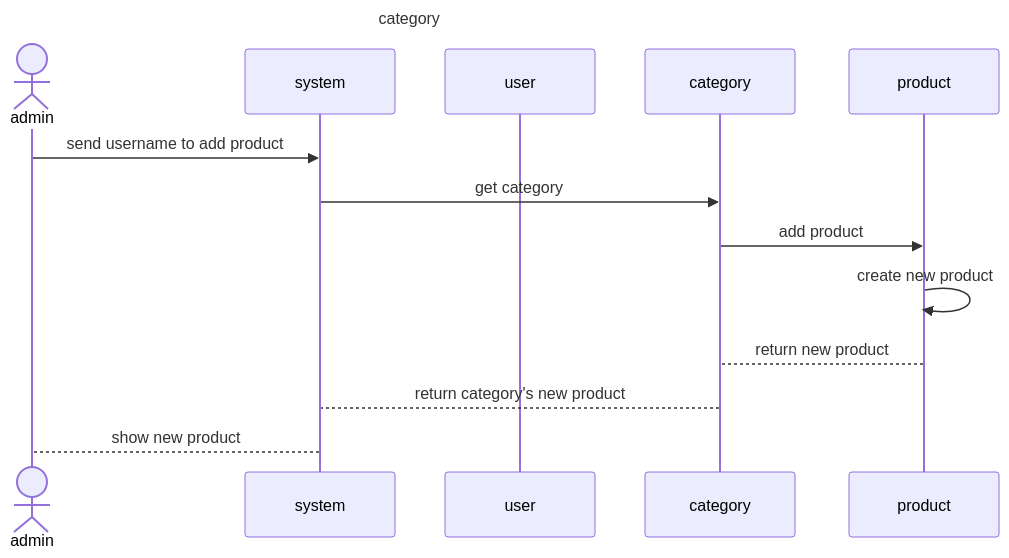
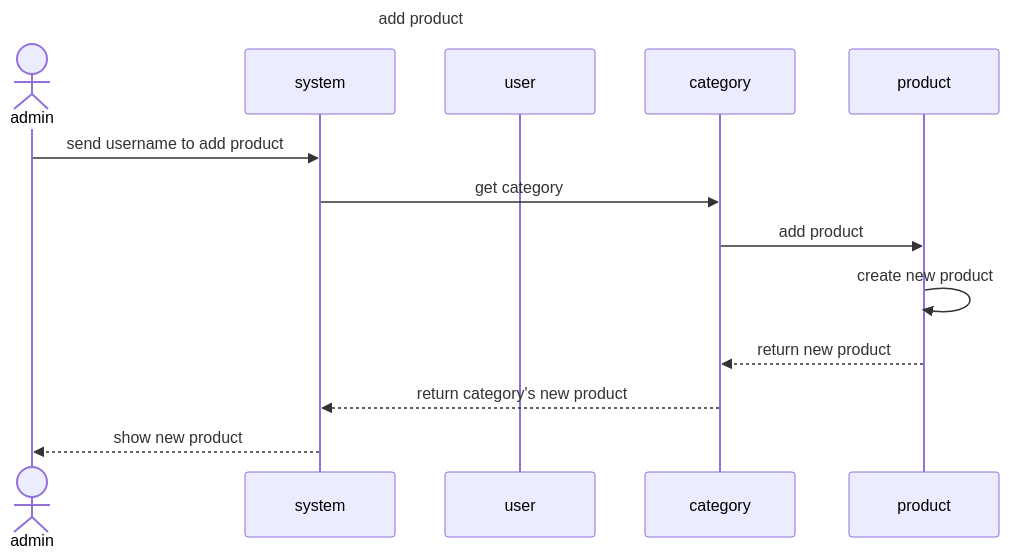
The diagram in sequence_diag/admin/add product.mmd (MxMhx/OOP_Project_MK_website), drawn with Mermaid before and after one commit.

```diff
--- a/sequence_diag/admin/add product.mmd
+++ b/sequence_diag/admin/add product.mmd
@@ -1,13 +1,13 @@
 sequenceDiagram
-    title category
+    title add product
     actor admin
     participant system
     participant user
     participant category
     admin ->> system: send username to add product
     system ->> category:get category
     category ->> product:add product
     product ->> product:create new product
-    product --> category:return new product
-    category --> system:return category's new product
-    system --> admin:show new product
+    product -->> category:return new product
+    category -->> system:return category's new product
+    system -->> admin:show new product
```
